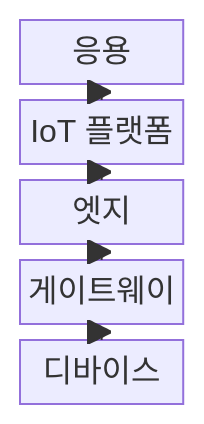
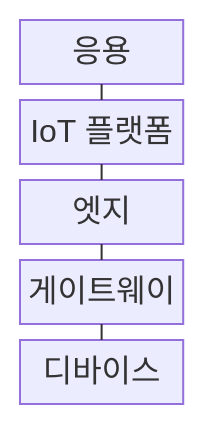
Before and after one commit to agnusdei1207/knowledge-base: the first of 2 diagrams in src/content/docs/notes/04-network/077_iot_architecture.md, drawn with Mermaid. The commit also changed other lines of this file and 493 other files, not shown here.

````diff
--- a/src/content/docs/notes/04-network/077_iot_architecture.md
+++ b/src/content/docs/notes/04-network/077_iot_architecture.md
@@ -63,13 +63,13 @@
 ```mermaid
 block-beta
     columns 1
     APP["응용"]
     PLATFORM["IoT 플랫폼"]
     EDGE["엣지"]
     GATEWAY["게이트웨이"]
     DEVICE["디바이스"]
-    DEVICE --> GATEWAY
-    GATEWAY --> EDGE
-    EDGE --> PLATFORM
-    PLATFORM --> APP
+    DEVICE --- GATEWAY
+    GATEWAY --- EDGE
+    EDGE --- PLATFORM
+    PLATFORM --- APP
 ```
````
